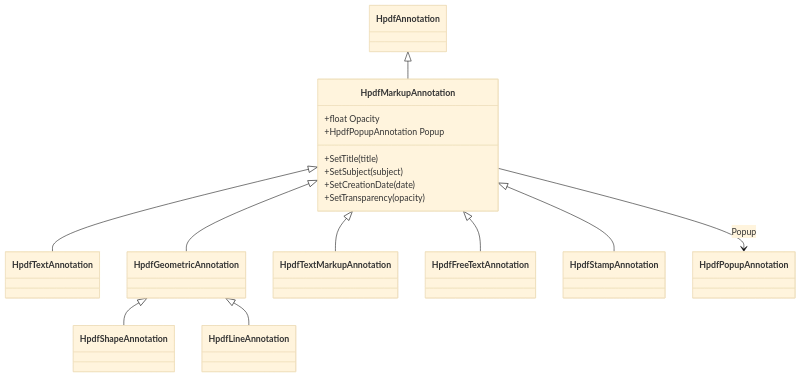
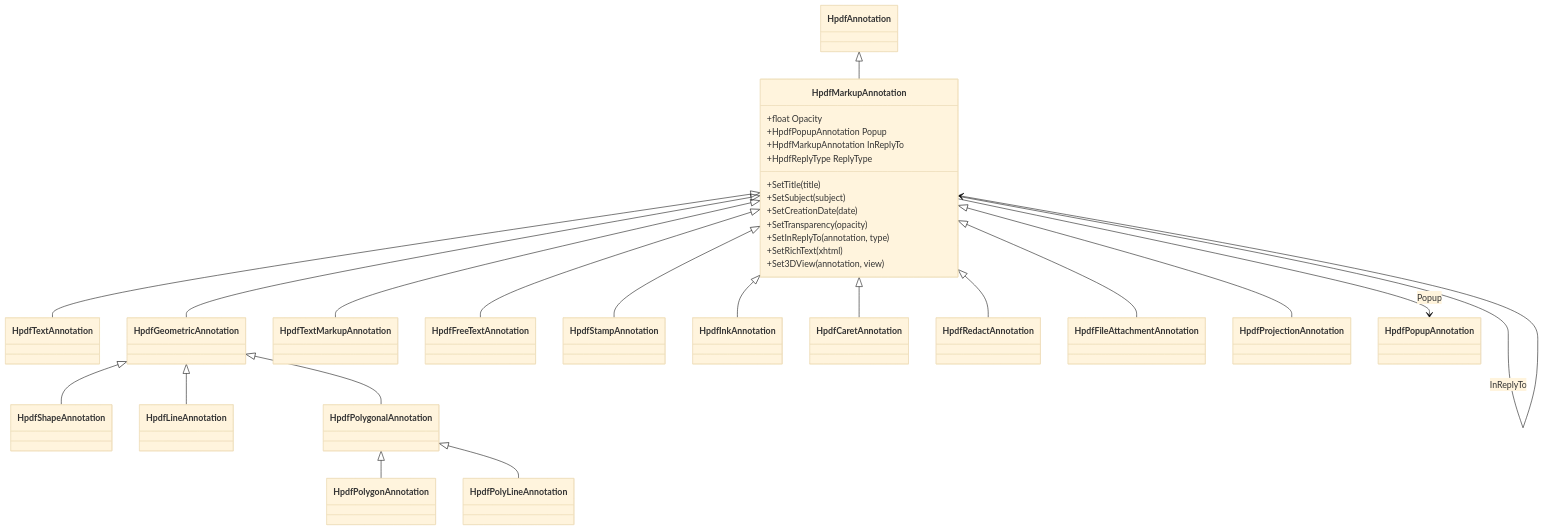
Before and after one commit to nikolaygekht/haru-net-full-port: the diagram in docs/api/annotations/HpdfMarkupAnnotation.md, drawn with Mermaid (base theme). The commit also changed other lines of this file and 58 other files, not shown here.

````diff
--- a/docs/api/annotations/HpdfMarkupAnnotation.md
+++ b/docs/api/annotations/HpdfMarkupAnnotation.md
@@ -18,20 +19,34 @@
 ```mermaid
 classDiagram
     HpdfAnnotation <|-- HpdfMarkupAnnotation
     HpdfMarkupAnnotation <|-- HpdfTextAnnotation
     HpdfMarkupAnnotation <|-- HpdfGeometricAnnotation
     HpdfGeometricAnnotation <|-- HpdfShapeAnnotation
     HpdfGeometricAnnotation <|-- HpdfLineAnnotation
     HpdfMarkupAnnotation <|-- HpdfTextMarkupAnnotation
     HpdfMarkupAnnotation <|-- HpdfFreeTextAnnotation
     HpdfMarkupAnnotation <|-- HpdfStampAnnotation
+    HpdfGeometricAnnotation <|-- HpdfPolygonalAnnotation
+    HpdfPolygonalAnnotation <|-- HpdfPolygonAnnotation
+    HpdfPolygonalAnnotation <|-- HpdfPolyLineAnnotation
+    HpdfMarkupAnnotation <|-- HpdfInkAnnotation
+    HpdfMarkupAnnotation <|-- HpdfCaretAnnotation
+    HpdfMarkupAnnotation <|-- HpdfRedactAnnotation
+    HpdfMarkupAnnotation <|-- HpdfFileAttachmentAnnotation
+    HpdfMarkupAnnotation <|-- HpdfProjectionAnnotation
     HpdfMarkupAnnotation --> HpdfPopupAnnotation : Popup
+    HpdfMarkupAnnotation --> HpdfMarkupAnnotation : InReplyTo
     class HpdfMarkupAnnotation {
         +float Opacity
         +HpdfPopupAnnotation Popup
+        +HpdfMarkupAnnotation InReplyTo
+        +HpdfReplyType ReplyType
         +SetTitle(title)
         +SetSubject(subject)
         +SetCreationDate(date)
         +SetTransparency(opacity)
+        +SetInReplyTo(annotation, type)
+        +SetRichText(xhtml)
+        +Set3DView(annotation, view)
     }
 ```
````
